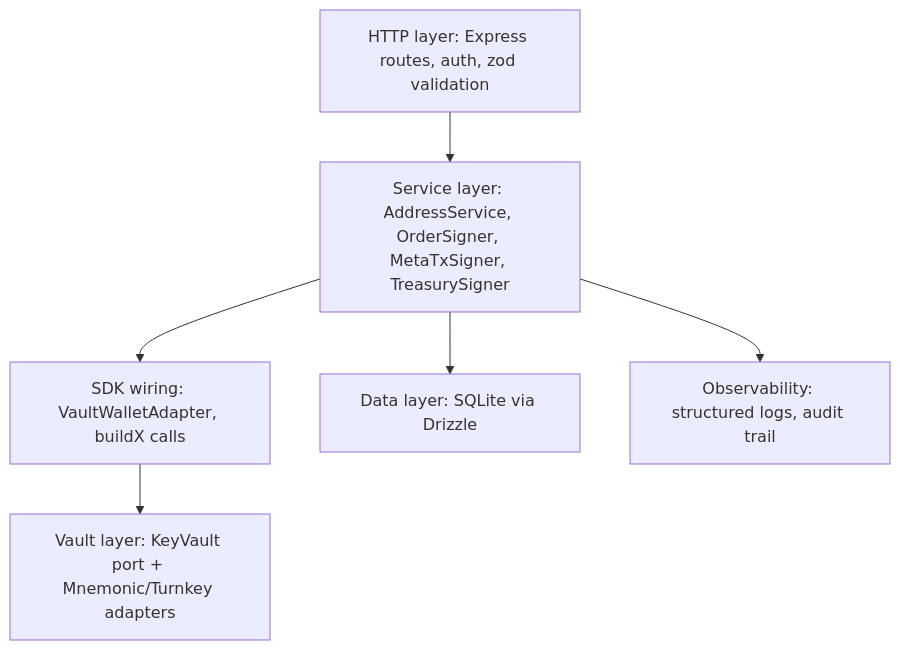
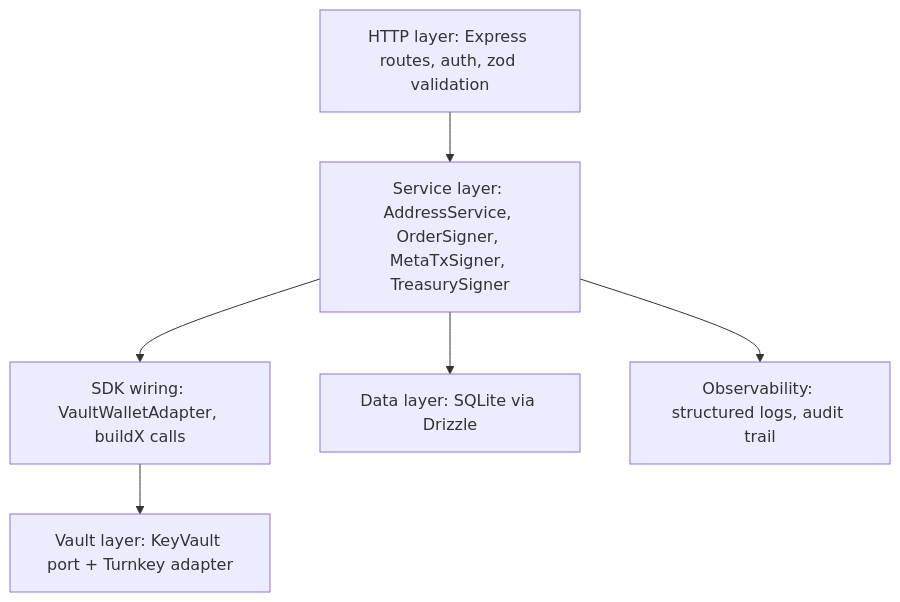
Before and after one commit to In-a-bit/dpm-wallet: the diagram in docs/images/03-layered-view.mmd, drawn with Mermaid. The commit also changed 6 other files, not shown here.

```diff
--- a/docs/images/03-layered-view.mmd
+++ b/docs/images/03-layered-view.mmd
@@ -1,13 +1,13 @@
 flowchart TB
   http[HTTP layer: Express routes, auth, zod validation]
   svc[Service layer: AddressService, OrderSigner, MetaTxSigner, TreasurySigner]
   sdkw[SDK wiring: VaultWalletAdapter, buildX calls]
-  vaultL[Vault layer: KeyVault port + Mnemonic/Turnkey adapters]
+  vaultL[Vault layer: KeyVault port + Turnkey adapter]
   data[Data layer: SQLite via Drizzle]
   obs[Observability: structured logs, audit trail]
 
   http --> svc
   svc --> sdkw
   svc --> data
   sdkw --> vaultL
   svc --> obs
```
